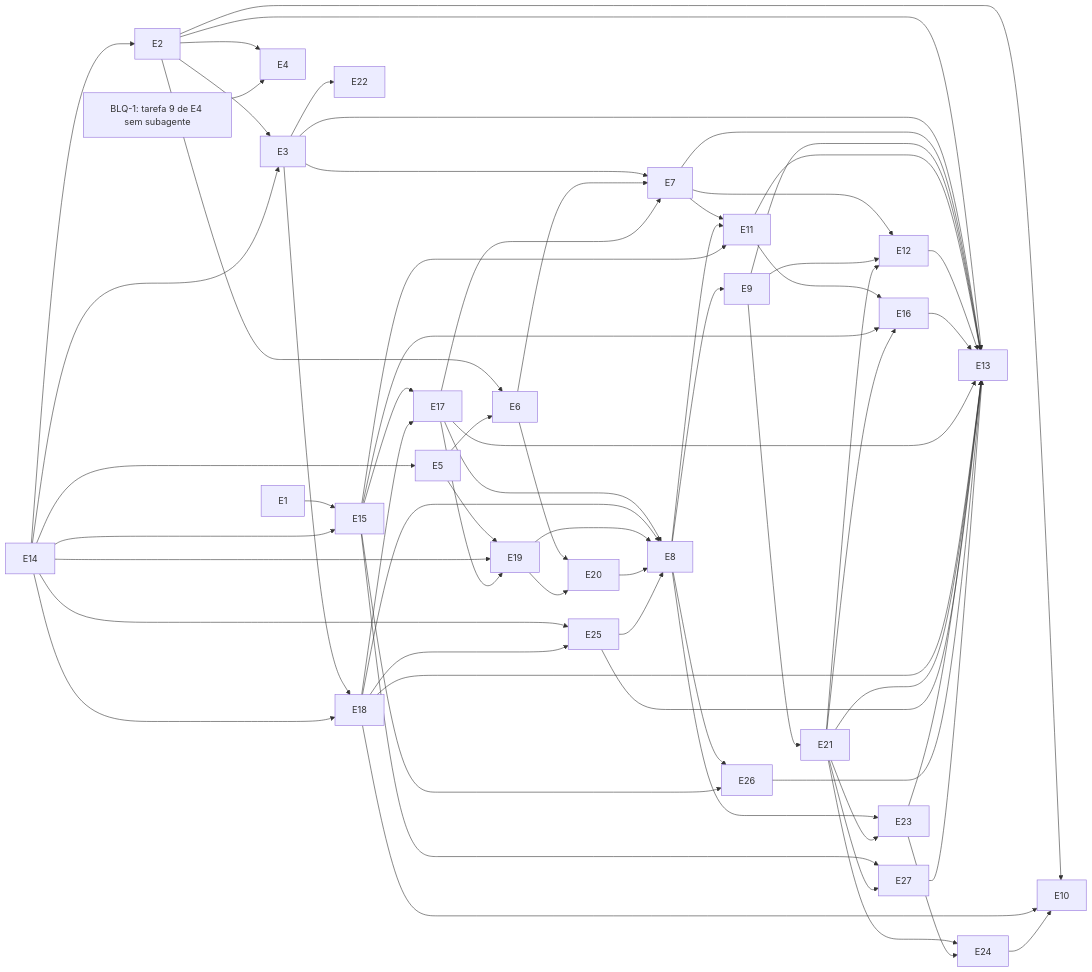
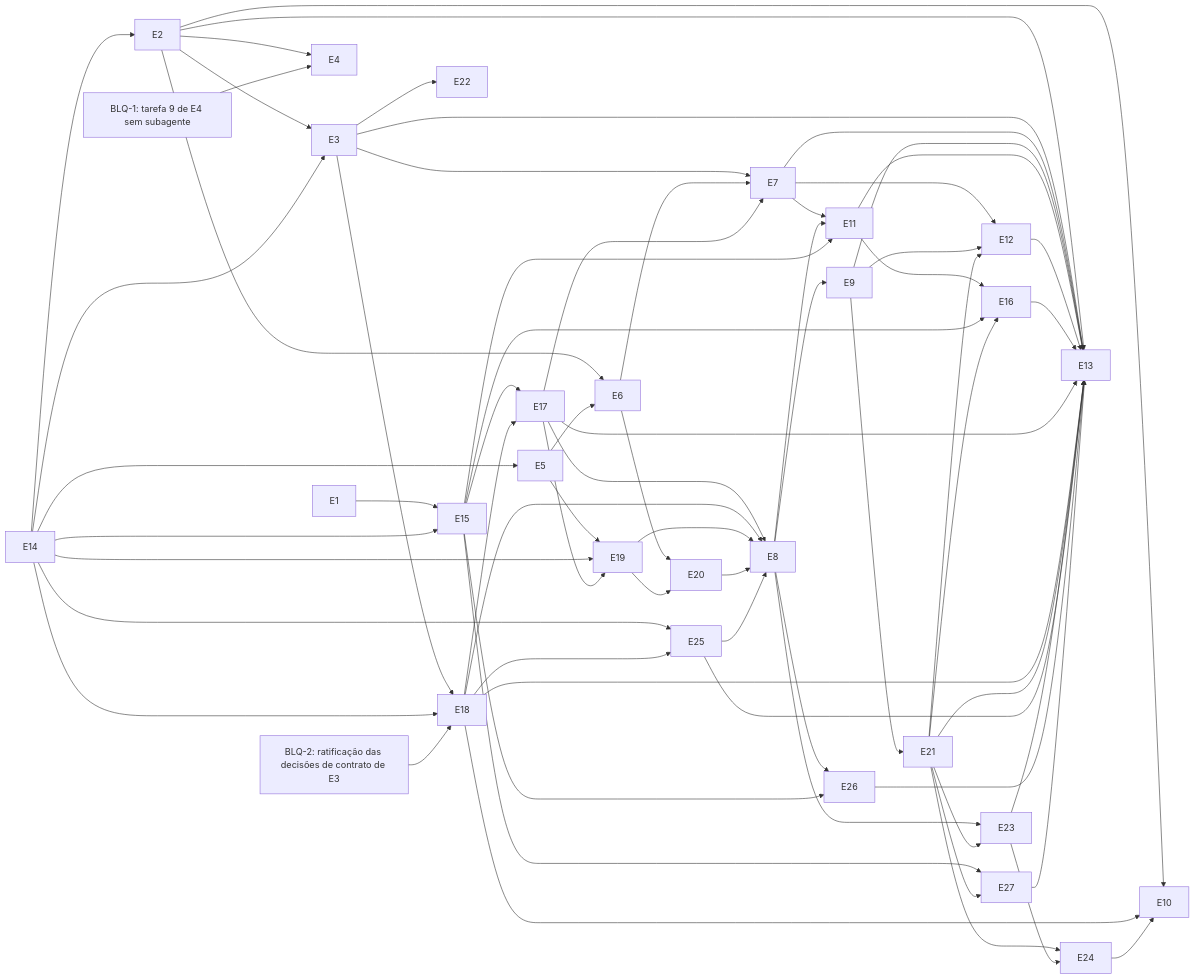
One commit to odeciojunior/claude-play changed the diagram in docs/plans/roadmap-evolucao-skills/critical-path.md. Above: the diagram before and after it, drawn with Mermaid. The commit also changed other lines of this file and 2 other files, not shown here.

Commit message:
docs(roadmap): E18 bloqueado (BLQ-2), ratificação das decisões de contrato de E3

````diff
--- a/docs/plans/roadmap-evolucao-skills/critical-path.md
+++ b/docs/plans/roadmap-evolucao-skills/critical-path.md
@@ -3,69 +3,70 @@
 ```mermaid
 graph LR
   E1 --> E15
   E14 --> E15
   E14 --> E2
   E2 --> E3
   E14 --> E3
   E3 --> E18
   E14 --> E18
   E14 --> E25
   E18 --> E25
   E3 --> E22
   E2 --> E4
   E15 --> E17
   E18 --> E17
   E14 --> E5
   E5 --> E19
   E14 --> E19
   E17 --> E19
   E2 --> E6
   E5 --> E6
   E6 --> E20
   E19 --> E20
   E3 --> E7
   E6 --> E7
   E17 --> E7
   E17 --> E8
   E18 --> E8
   E19 --> E8
   E20 --> E8
   E25 --> E8
   E7 --> E11
   E8 --> E11
   E15 --> E11
   E8 --> E26
   E15 --> E26
   E8 --> E9
   E9 --> E21
   E8 --> E23
   E21 --> E23
   E21 --> E24
   E23 --> E24
   E11 --> E16
   E15 --> E16
   E21 --> E16
   E15 --> E27
   E21 --> E27
   E2 --> E10
   E18 --> E10
   E24 --> E10
   E7 --> E12
   E9 --> E12
   E21 --> E12
   E2 --> E13
   E3 --> E13
   E7 --> E13
   E9 --> E13
   E11 --> E13
   E12 --> E13
   E16 --> E13
   E17 --> E13
   E18 --> E13
   E21 --> E13
   E23 --> E13
   E25 --> E13
   E26 --> E13
   E27 --> E13
   BLQ1["BLQ-1: tarefa 9 de E4 sem subagente"] --> E4
+  BLQ2["BLQ-2: ratificação das decisões de contrato de E3"] --> E18
 ```
````
